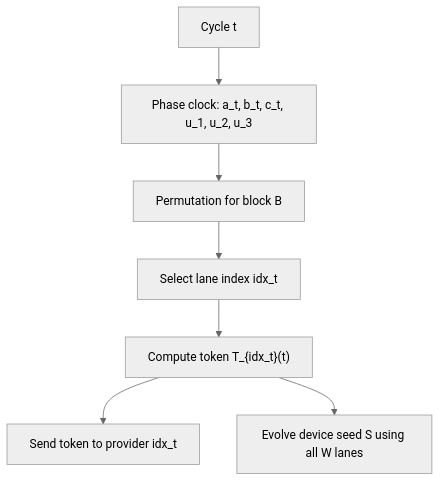
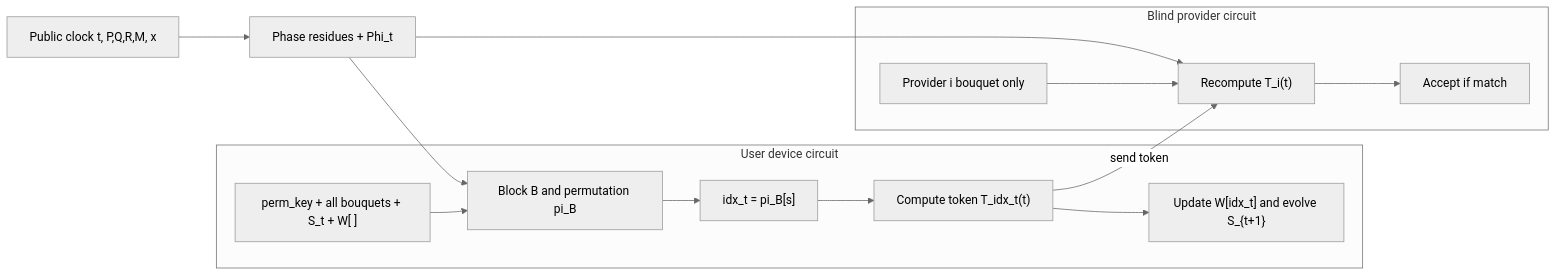
Before and after one commit to cekkr/phaselane-algorithm: the third of 6 diagrams in papers/main-paper.md, drawn with Mermaid. The commit also changed other lines of this file, not shown here.

Commit message:
split
Split the protocol overview flow into explicit device vs blind‑provider circuits and added a new best‑practice coprime/compound/key‑selection flow before the overview so the setup choices and peer‑count scaling are clearer. Both changes are in main-paper.md, positioned right after the seed/coprime extraction section and in the protocol overview section.

Details:

New subsection with the coprime/compound/key‑selection mermaid: main-paper.md (line 92) (approx).
Replaced the overview flow with a two‑subgraph device/provider algorithm mermaid: main-paper.md (line 116) (approx).

````diff
--- a/papers/main-paper.md
+++ b/papers/main-paper.md
@@ -106,10 +131,26 @@
 ```mermaid
 %%{init: {"theme":"neutral","flowchart":{"curve":"basis"}} }%%
-flowchart TD
-  A["Cycle t"] --> B["Phase clock: a_t, b_t, c_t, u_1, u_2, u_3"]
-  B --> C["Permutation for block B"]
-  C --> D["Select lane index idx_t"]
-  D --> E["Compute token T_{idx_t}(t)"]
-  E --> F["Send token to provider idx_t"]
-  E --> G["Evolve device seed S using all W lanes"]
+flowchart LR
+  Public["Public clock t, P,Q,R,M, x"] --> Phase["Phase residues + Phi_t"]
+
+  subgraph Device["User device circuit"]
+    D0["perm_key + all bouquets + S_t + W[ ]"]
+    D1["Block B and permutation pi_B"]
+    D2["idx_t = pi_B[s]"]
+    D3["Compute token T_idx_t(t)"]
+    D4["Update W[idx_t] and evolve S_{t+1}"]
+  end
+
+  subgraph Provider["Blind provider circuit"]
+    P0["Provider i bouquet only"]
+    P1["Recompute T_i(t)"]
+    P2["Accept if match"]
+  end
+
+  Phase --> D1
+  D0 --> D1
+  D1 --> D2 --> D3 --> D4
+  D3 -- "send token" --> P1
+  Phase --> P1
+  P0 --> P1 --> P2
 ```
````
